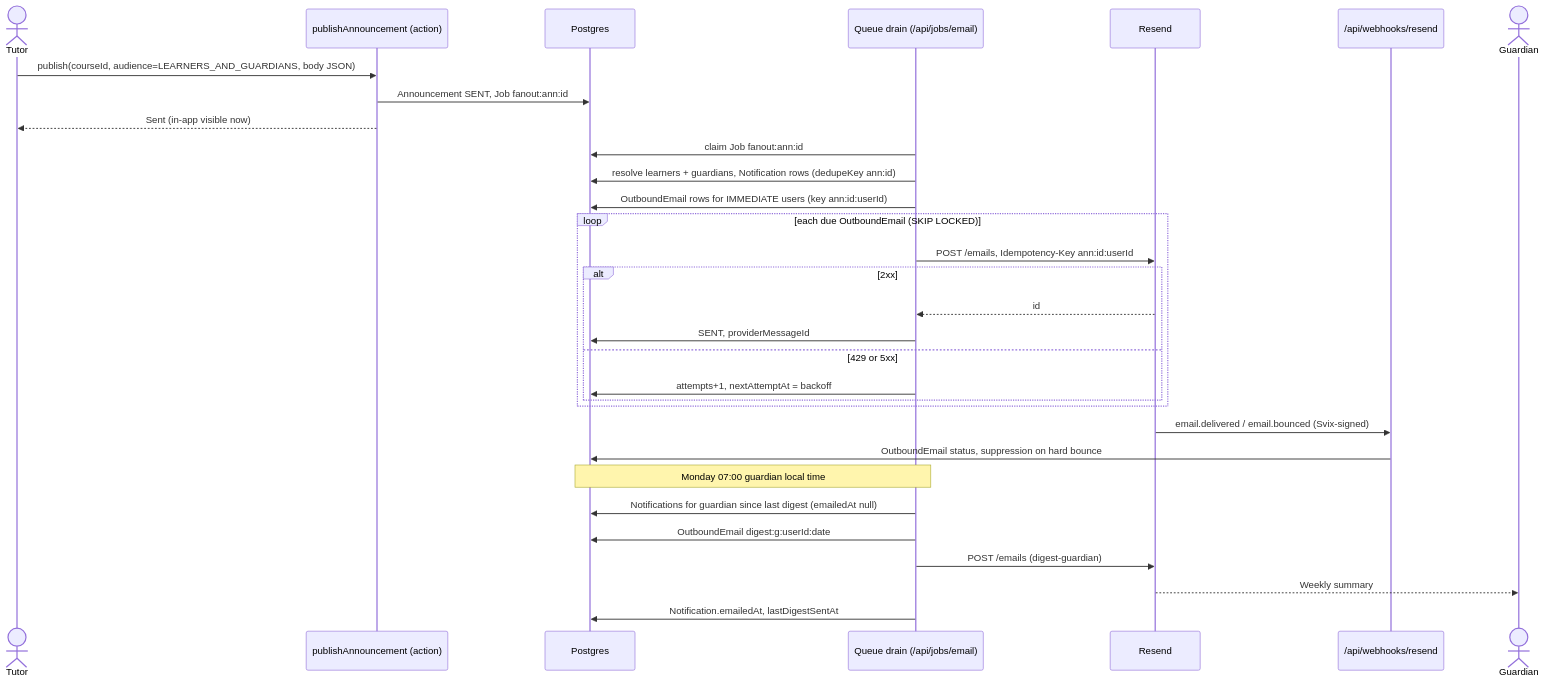
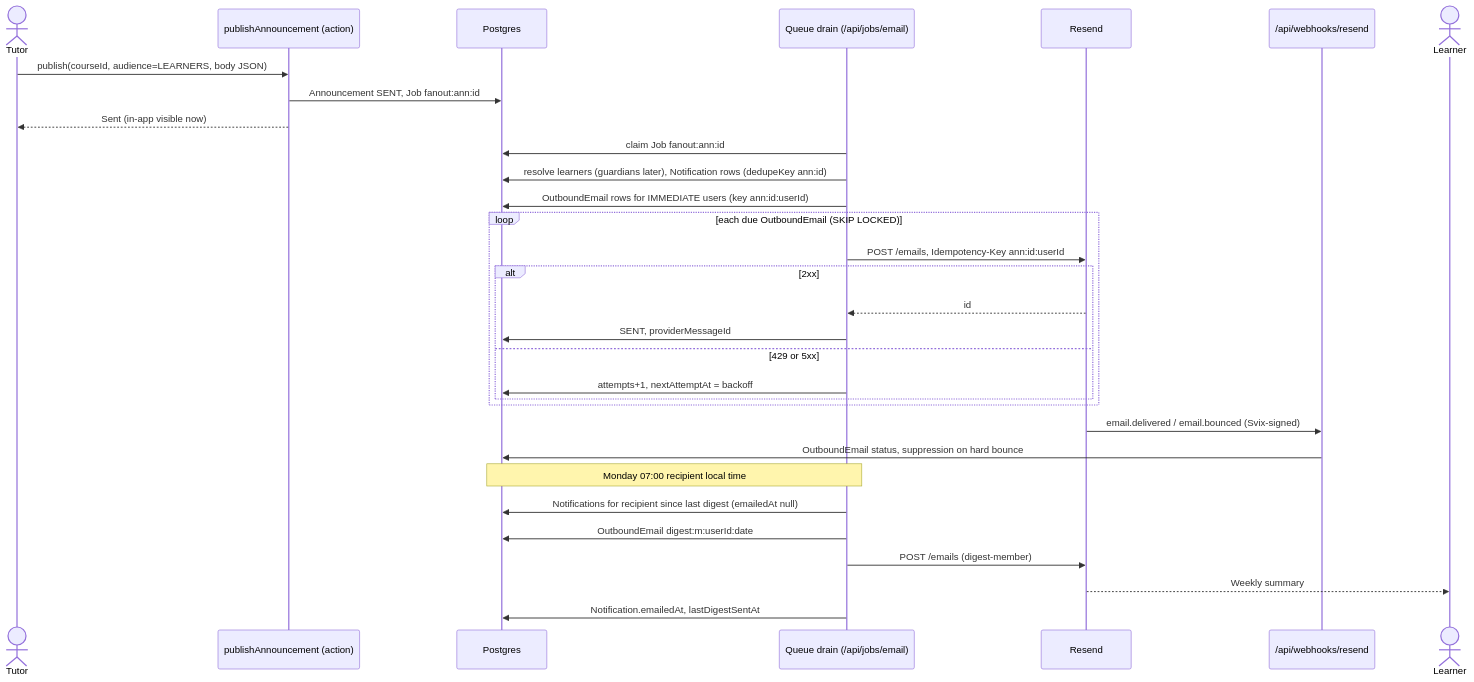
One commit to jassiel-ndlovu/grit-lms changed the diagram in docs/revamp/a/design/05-messaging-email.md. Above: the diagram before and after it, drawn with Mermaid. The commit also changed other lines of this file and 8 other files, not shown here.

````diff
--- a/docs/revamp/a/design/05-messaging-email.md
+++ b/docs/revamp/a/design/05-messaging-email.md
@@ -146,33 +151,33 @@
 ```mermaid
 sequenceDiagram
   actor T as Tutor
   participant A as publishAnnouncement (action)
   participant DB as Postgres
   participant J as Queue drain (/api/jobs/email)
   participant R as Resend
   participant W as /api/webhooks/resend
-  actor P as Guardian
-  T->>A: publish(courseId, audience=LEARNERS_AND_GUARDIANS, body JSON)
+  actor P as Learner
+  T->>A: publish(courseId, audience=LEARNERS, body JSON)
   A->>DB: Announcement SENT, Job fanout:ann:id
   A-->>T: Sent (in-app visible now)
   J->>DB: claim Job fanout:ann:id
-  J->>DB: resolve learners + guardians, Notification rows (dedupeKey ann:id)
+  J->>DB: resolve learners (guardians later), Notification rows (dedupeKey ann:id)
   J->>DB: OutboundEmail rows for IMMEDIATE users (key ann:id:userId)
   loop each due OutboundEmail (SKIP LOCKED)
     J->>R: POST /emails, Idempotency-Key ann:id:userId
     alt 2xx
       R-->>J: id
       J->>DB: SENT, providerMessageId
     else 429 or 5xx
       J->>DB: attempts+1, nextAttemptAt = backoff
     end
   end
   R->>W: email.delivered / email.bounced (Svix-signed)
   W->>DB: OutboundEmail status, suppression on hard bounce
-  Note over J,DB: Monday 07:00 guardian local time
-  J->>DB: Notifications for guardian since last digest (emailedAt null)
-  J->>DB: OutboundEmail digest:g:userId:date
-  J->>R: POST /emails (digest-guardian)
+  Note over J,DB: Monday 07:00 recipient local time
+  J->>DB: Notifications for recipient since last digest (emailedAt null)
+  J->>DB: OutboundEmail digest:m:userId:date
+  J->>R: POST /emails (digest-member)
   R-->>P: Weekly summary
   J->>DB: Notification.emailedAt, lastDigestSentAt
 ```
````
